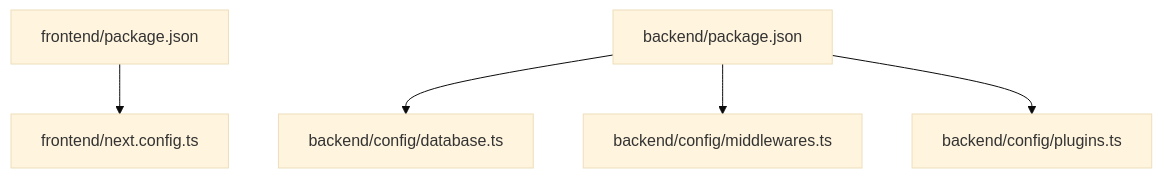
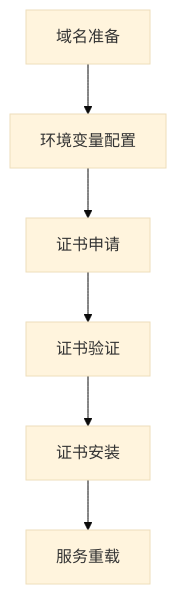
Before and after one commit to Will0253/zczk: the seventh of 7 diagrams in .qoder/repowiki/zh/content/部署和运维/监控运维/监控运维.md, drawn with Mermaid (base theme). The commit also changed other lines of this file and 13 other files, not shown here.

````diff
--- a/.qoder/repowiki/zh/content/部署和运维/监控运维/监控运维.md
+++ b/.qoder/repowiki/zh/content/部署和运维/监控运维/监控运维.md
@@ -267,13 +488,8 @@
 ```mermaid
-graph TB
-FE_PKG["frontend/package.json"]
-BE_PKG["backend/package.json"]
-FE_CFG["frontend/next.config.ts"]
-BE_DB["backend/config/database.ts"]
-BE_MW["backend/config/middlewares.ts"]
-BE_PLG["backend/config/plugins.ts"]
-FE_PKG --> FE_CFG
-BE_PKG --> BE_DB
-BE_PKG --> BE_MW
-BE_PKG --> BE_PLG
+flowchart TD
+A["域名准备"] --> B["环境变量配置"]
+B --> C["证书申请"]
+C --> D["证书验证"]
+D --> E["证书安装"]
+E --> F["服务重载"]
 ```
````
